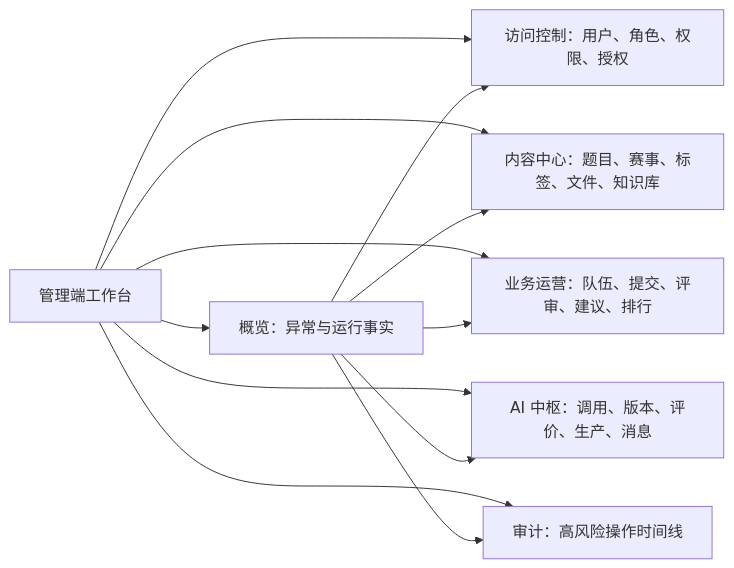
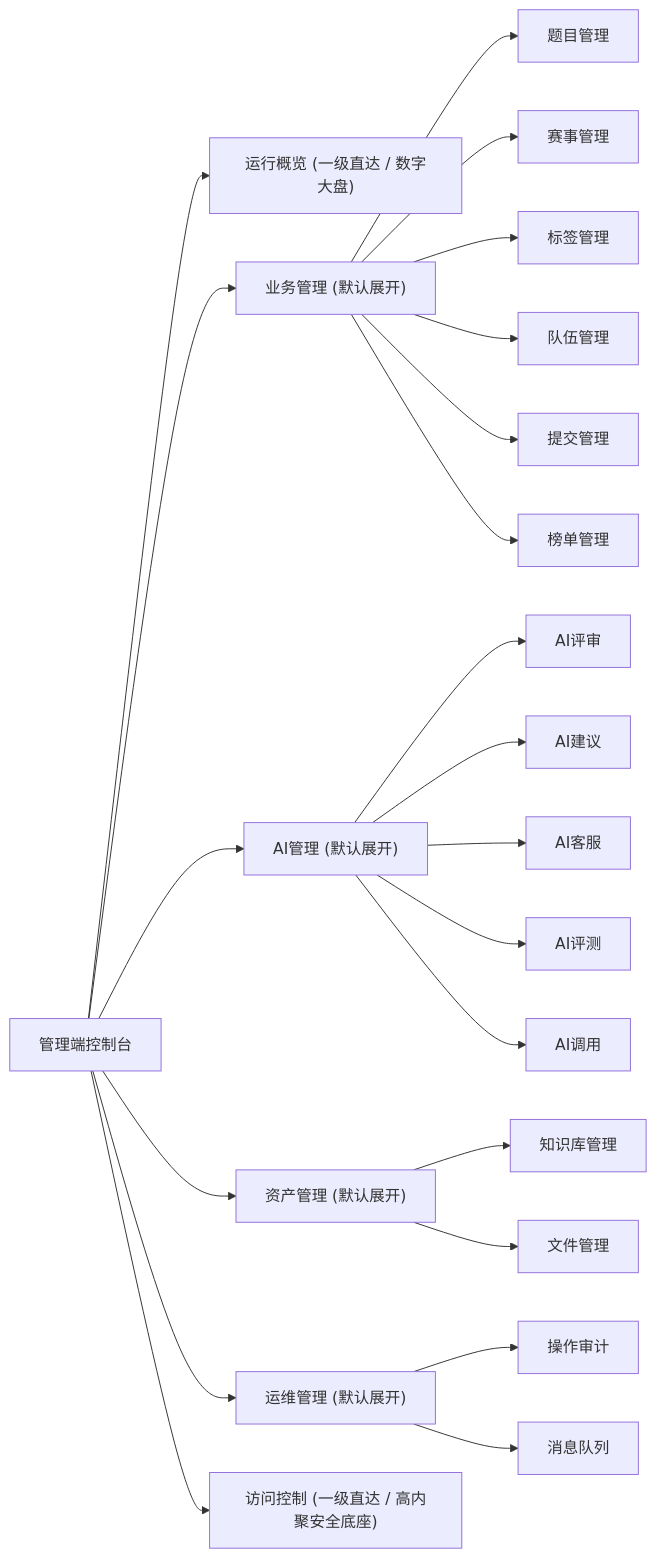
Before and after one commit to Dorian7Alden/LeetModel: the diagram in docs/project/04-前端设计/07-业务模块详细设计/管理端工作台 UIUX 设计.md, drawn with Mermaid. The commit also changed other lines of this file and 1 other file, not shown here.

````diff
--- a/docs/project/04-前端设计/07-业务模块详细设计/管理端工作台 UIUX 设计.md
+++ b/docs/project/04-前端设计/07-业务模块详细设计/管理端工作台 UIUX 设计.md
@@ -52,14 +52,24 @@
 ```mermaid
 flowchart LR
-    Shell["管理端工作台"] --> Overview["概览：异常与运行事实"]
-    Shell --> Access["访问控制：用户、角色、权限、授权"]
-    Shell --> Content["内容中心：题目、赛事、标签、文件、知识库"]
-    Shell --> Operations["业务运营：队伍、提交、评审、建议、排行"]
-    Shell --> AI["AI 中枢：调用、版本、评价、生产、消息"]
-    Shell --> Audit["审计：高风险操作时间线"]
-    Overview --> Access
-    Overview --> Content
-    Overview --> Operations
-    Overview --> AI
-    Overview --> Audit
+    Shell["管理端控制台"] --> Overview["运行概览 (一级直达 / 数字大盘)"]
+    Shell --> Biz["业务管理 (默认展开)"]
+    Biz --> B1["题目管理"]
+    Biz --> B2["赛事管理"]
+    Biz --> B3["标签管理"]
+    Biz --> B4["队伍管理"]
+    Biz --> B5["提交管理"]
+    Biz --> B6["榜单管理"]
+    Shell --> AI["AI管理 (默认展开)"]
+    AI --> A1["AI评审"]
+    AI --> A2["AI建议"]
+    AI --> A3["AI客服"]
+    AI --> A4["AI评测"]
+    AI --> A5["AI调用"]
+    Shell --> Asset["资产管理 (默认展开)"]
+    Asset --> S1["知识库管理"]
+    Asset --> S2["文件管理"]
+    Shell --> Ops["运维管理 (默认展开)"]
+    Ops --> O1["操作审计"]
+    Ops --> O2["消息队列"]
+    Shell --> Access["访问控制 (一级直达 / 高内聚安全底座)"]
 ```
````
